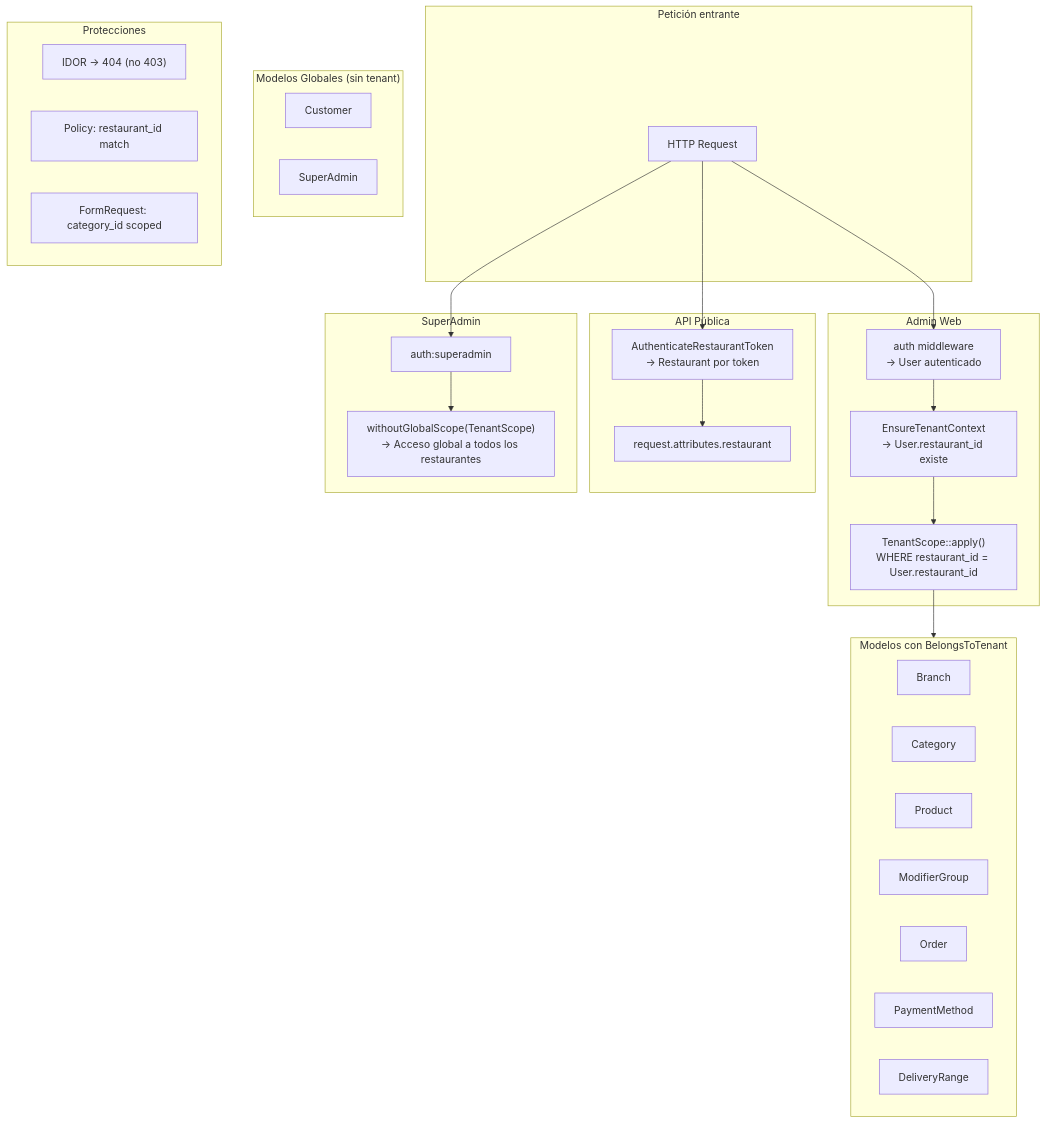
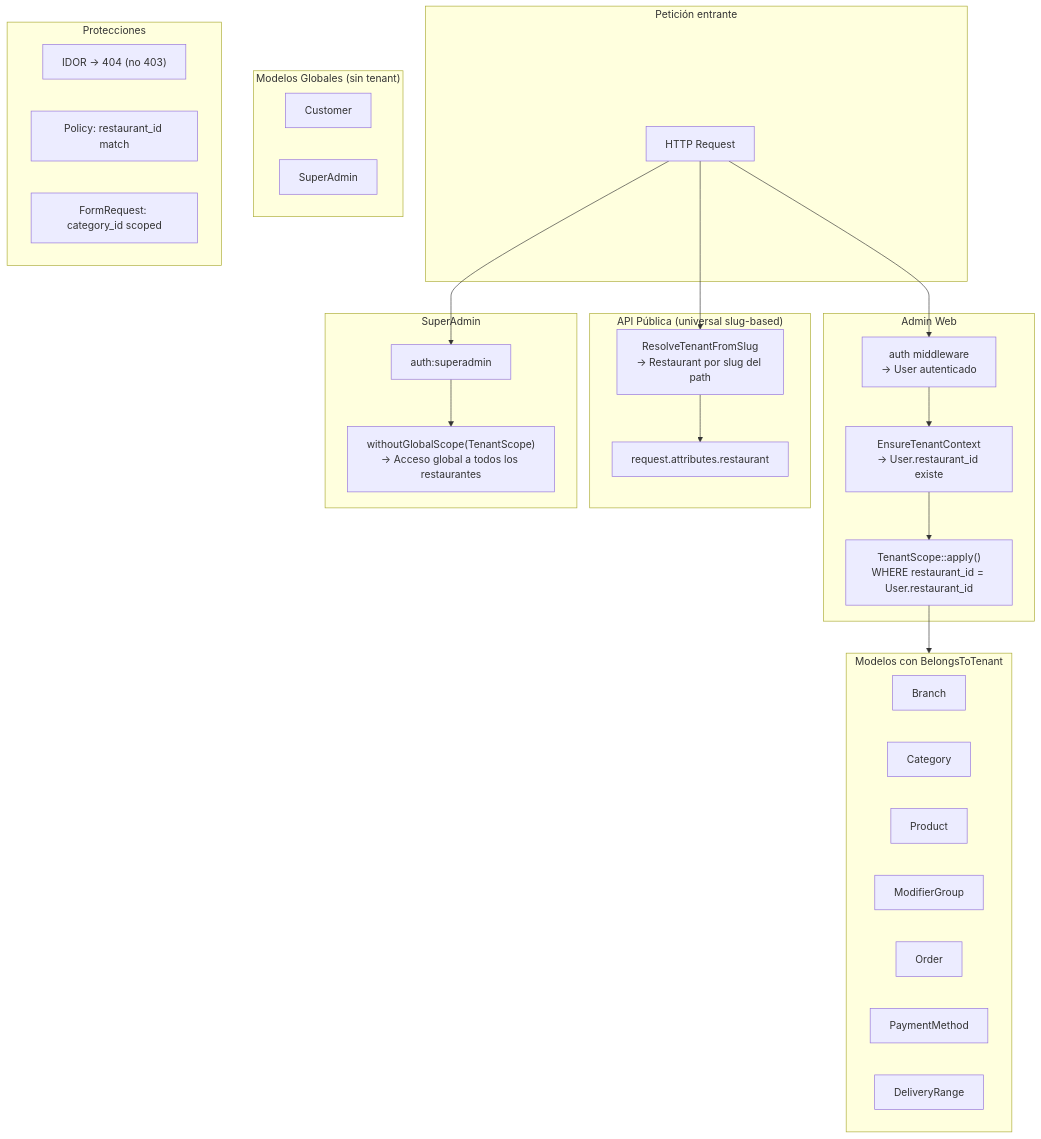
Diagram 13 of 14 in docs/BACKEND_ARCHITECTURE_DIAGRAMS.md (apscreativas/pideaqui-back), drawn with Mermaid before and after one commit. The commit also changed other lines of this file and 84 other files, not shown here.

````diff
--- a/docs/BACKEND_ARCHITECTURE_DIAGRAMS.md
+++ b/docs/BACKEND_ARCHITECTURE_DIAGRAMS.md
@@ -765,49 +777,49 @@
 ```mermaid
 flowchart TD
     subgraph Request["Petición entrante"]
         REQ["HTTP Request"]
     end
 
     subgraph WebFlow["Admin Web"]
         AUTH["auth middleware<br/>→ User autenticado"]
         TENANT_MW["EnsureTenantContext<br/>→ User.restaurant_id existe"]
         SCOPE["TenantScope::apply()<br/>WHERE restaurant_id = User.restaurant_id"]
     end
 
-    subgraph ApiFlow["API Pública"]
-        TOKEN["AuthenticateRestaurantToken<br/>→ Restaurant por token"]
+    subgraph ApiFlow["API Pública (universal slug-based)"]
+        SLUG["ResolveTenantFromSlug<br/>→ Restaurant por slug del path"]
         ATTR["request.attributes.restaurant"]
     end
 
     subgraph SAFlow["SuperAdmin"]
         SA_AUTH["auth:superadmin"]
         NO_SCOPE["withoutGlobalScope(TenantScope)<br/>→ Acceso global a todos los restaurantes"]
     end
 
     REQ --> AUTH --> TENANT_MW --> SCOPE
-    REQ --> TOKEN --> ATTR
+    REQ --> SLUG --> ATTR
     REQ --> SA_AUTH --> NO_SCOPE
 
     subgraph TenantModels["Modelos con BelongsToTenant"]
         M1["Branch"]
         M2["Category"]
         M3["Product"]
         M4["ModifierGroup"]
         M5["Order"]
         M6["PaymentMethod"]
         M7["DeliveryRange"]
     end
 
     SCOPE --> TenantModels
 
     subgraph GlobalModels["Modelos Globales (sin tenant)"]
         G1["Customer"]
         G2["SuperAdmin"]
     end
 
     subgraph Protection["Protecciones"]
         P1["IDOR → 404 (no 403)"]
         P2["Policy: restaurant_id match"]
         P3["FormRequest: category_id scoped"]
     end
 ```
````
